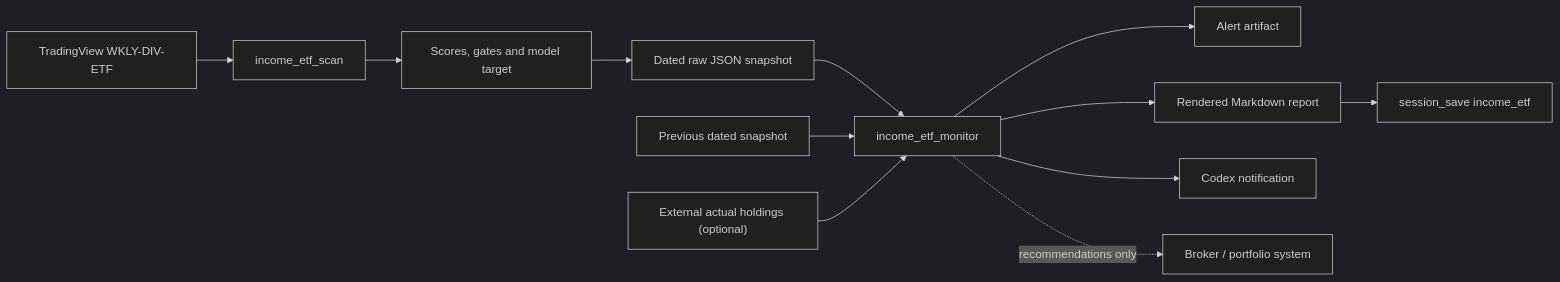
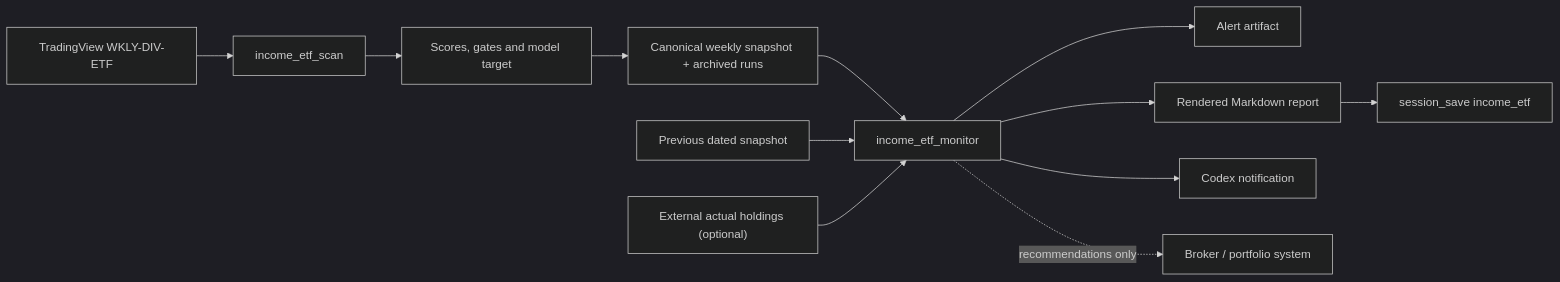
The diagram in docs/INCOME_ETF_OPERATIONS.md (bv2026/tradingview-mcp-jackson), drawn with Mermaid (dark theme) before and after one commit. The commit also changed other lines of this file and 13 other files, not shown here.

````diff
--- a/docs/INCOME_ETF_OPERATIONS.md
+++ b/docs/INCOME_ETF_OPERATIONS.md
@@ -20,14 +20,14 @@
 ```mermaid
 flowchart LR
     TV["TradingView WKLY-DIV-ETF"] --> SCAN["income_etf_scan"]
     SCAN --> SCORE["Scores, gates and model target"]
-    SCORE --> RAW["Dated raw JSON snapshot"]
+    SCORE --> RAW["Canonical weekly snapshot + archived runs"]
     RAW --> MON["income_etf_monitor"]
     PRIOR["Previous dated snapshot"] --> MON
     EXT["External actual holdings (optional)"] --> MON
     MON --> ALERTS["Alert artifact"]
     MON --> REPORT["Rendered Markdown report"]
     REPORT --> SAVE["session_save income_etf"]
     MON --> NOTE["Codex notification"]
     MON -. recommendations only .-> BROKER["Broker / portfolio system"]
 ```
````
